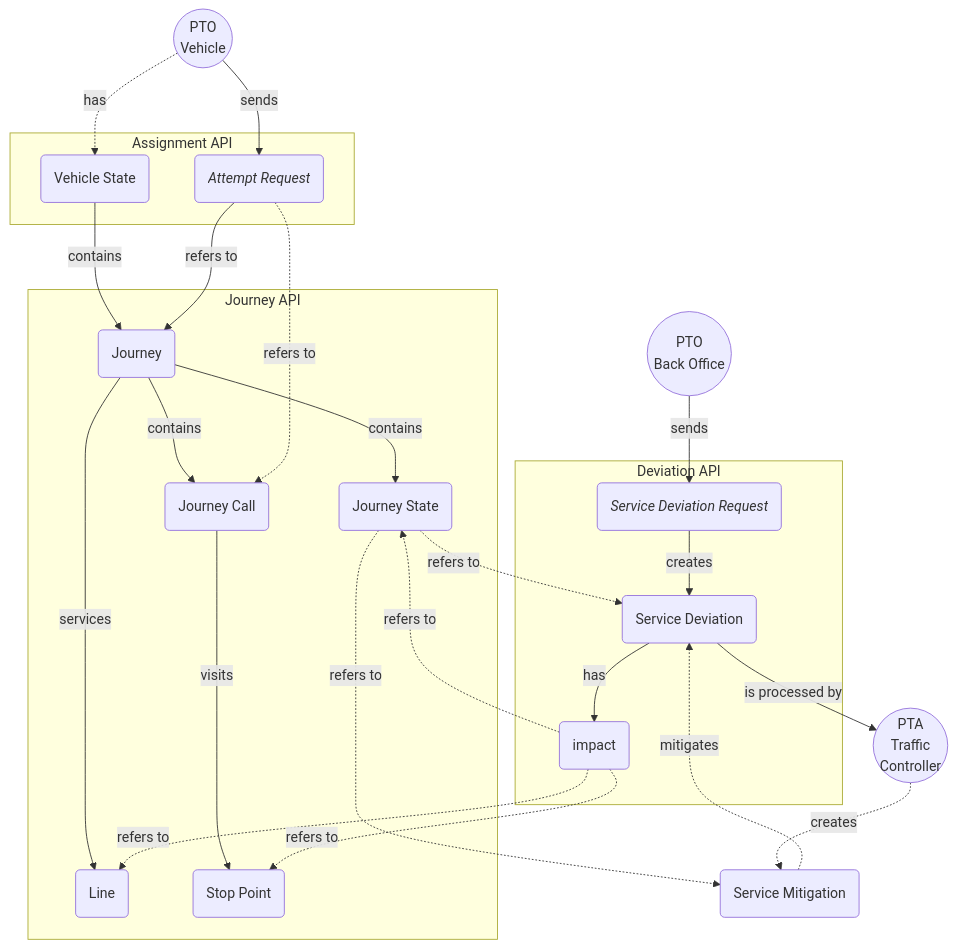
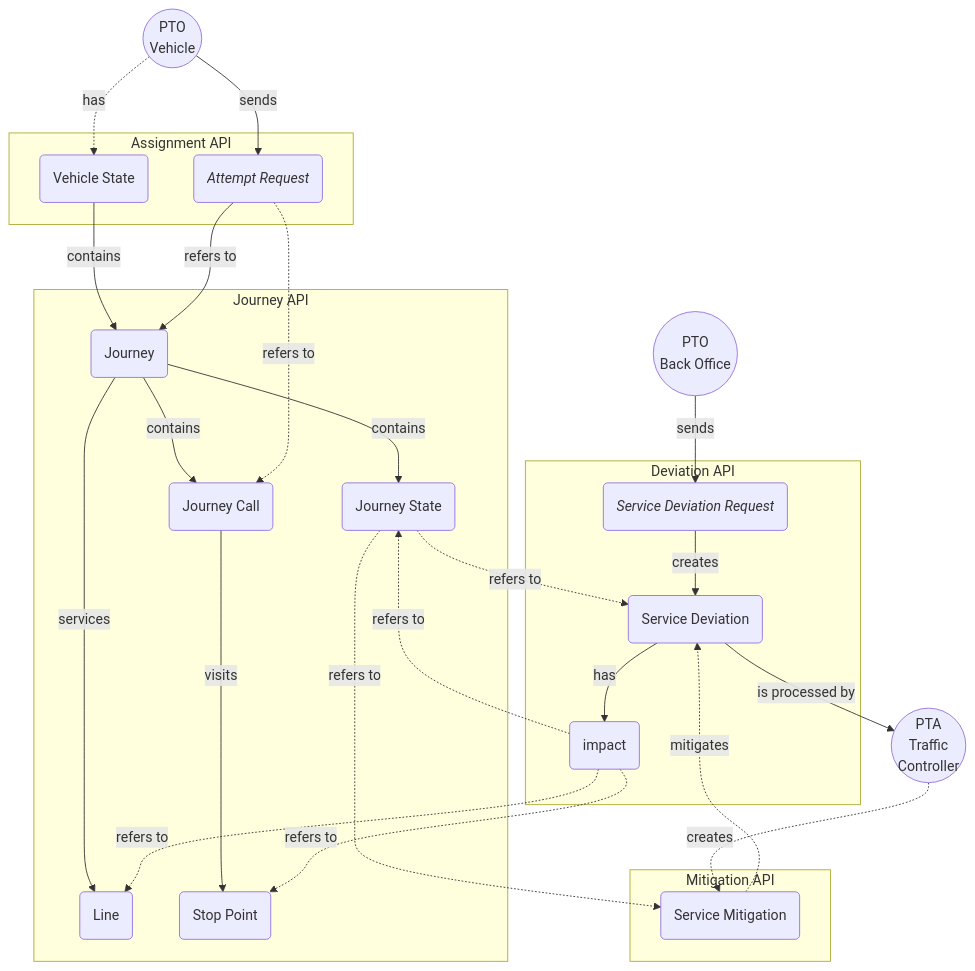
Before and after one commit to RuterNo/adt-doc: the first of 2 diagrams in docs/operational-api.md, drawn with Mermaid.

Commit message:
Better visualization of mitigation API

````diff
--- a/docs/operational-api.md
+++ b/docs/operational-api.md
@@ -17,52 +17,53 @@
 ```mermaid
 flowchart TB
     vehicle(("PTO<br>Vehicle"))
     operator(("PTO<br>Back Office"))
     controller(("PTA<br>Traffic<br>Controller"))
 
     subgraph assignment-api ["Assignment API"]
         vehicle-state("Vehicle State")
         attempt-request("<em>Attempt Request</em>")
     end
+    subgraph journey-model ["Journey API"]
+        line("Line")
+        journey("Journey")
+        journey-call("Journey Call")
+        journey-state("Journey State")
+        stop-point("Stop Point")
+    end
+    subgraph mitigation-model ["Mitigation API"]
+        mitigation("Service Mitigation")
+    end
     subgraph deviation-model ["Deviation API"]
         deviation-request("<em>Service Deviation Request</em>")
         deviation("Service Deviation")
         impact("impact")
 
         deviation-request -->|creates| deviation
     end
-    subgraph journey-model ["Journey API"]
-        line("Line")
-        journey("Journey")
-        journey-call("Journey Call")
-        journey-state("Journey State")
-        stop-point("Stop Point")
-    end
-
-    mitigation("Service Mitigation")
 
     vehicle .->|has| vehicle-state
     vehicle -->|sends| attempt-request
     vehicle-state -->|contains|journey
 
     journey -->|services| line
     journey -->|contains| journey-call
     journey -->|contains| journey-state
     journey-call -->|visits| stop-point
     journey-state .->|refers to| deviation
     journey-state .->|refers to| mitigation
 
     deviation -->|has| impact
     impact .->|refers to| line
     impact .->|refers to| stop-point
     impact .->|refers to| journey-state
 
     mitigation .->|mitigates| deviation
     operator -->|sends| deviation-request
 
     deviation -->|is processed by| controller
     controller .->|creates| mitigation
 
     attempt-request -->|refers to| journey
     attempt-request .->|refers to| journey-call
 ```
````
